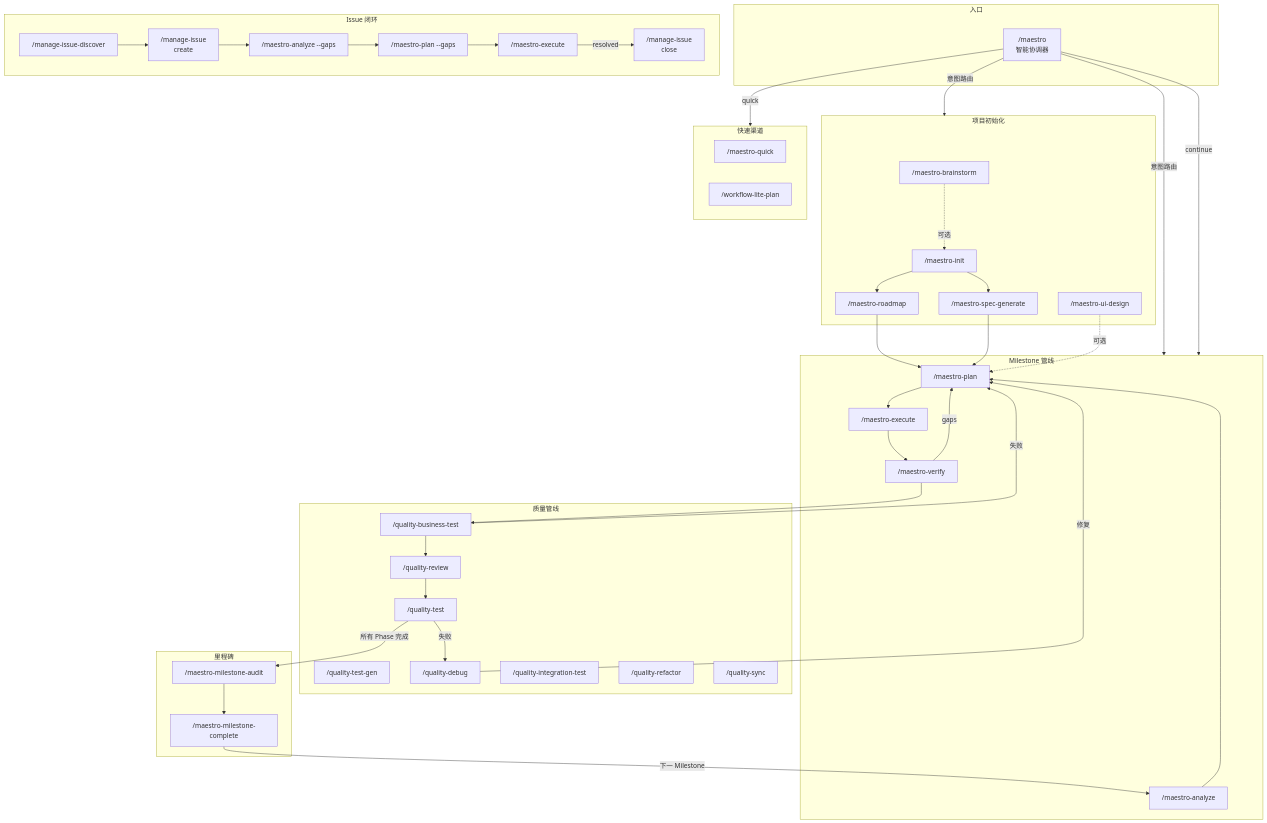
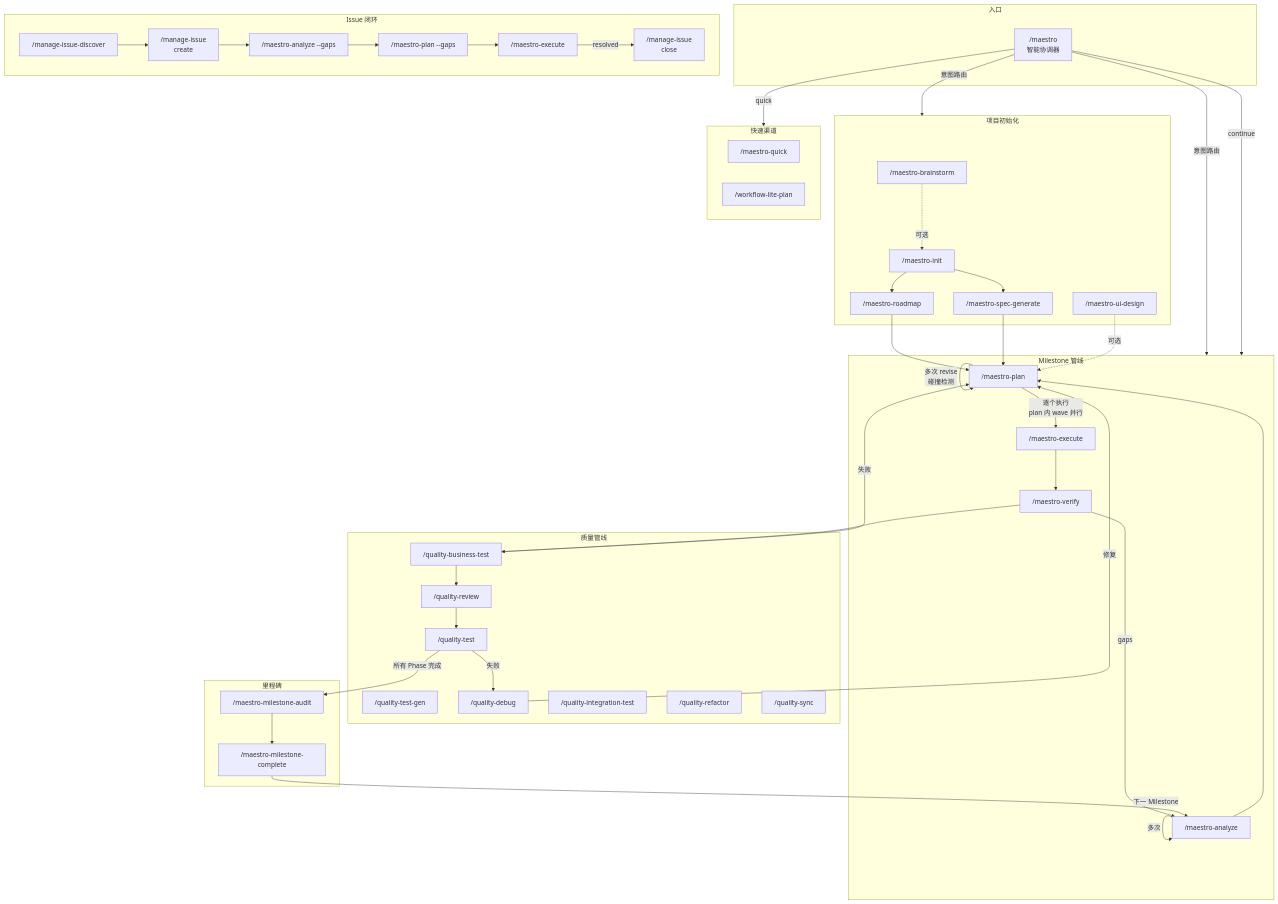
One commit to catlog22/maestro-flow changed the first of 7 diagrams in guide/command-usage-guide.md. Above: the diagram before and after it, drawn with Mermaid. The commit also changed other lines of this file and 11 other files, not shown here.

```diff
--- a/guide/command-usage-guide.md
+++ b/guide/command-usage-guide.md
@@ -80,18 +80,22 @@
     SG --> PL
     UID -.->|可选| PL
 
+    %% 主干管线：多次 analyze → 多次 plan → 逐个 execute
+    AN -->|"多次"| AN
     AN --> PL
-    PL --> EX
+    PL -->|"多次 revise<br>碰撞检测"| PL
+    PL -->|"逐个执行<br>plan 内 wave 并行"| EX
     EX --> VF
     VF --> QBT
     QBT --> QR
     QR --> QT
     QT -->|所有 Phase 完成| MA
 
-    VF -->|gaps| PL
-    QBT -->|失败| PL
-    QT -->|失败| QD
-    QD -->|修复| PL
+    %% 循环反馈
+    VF -->|"gaps"| AN
+    QBT -->|"失败"| PL
+    QT -->|"失败"| QD
+    QD -->|"修复"| PL
 
     ID --> IC
     IC --> IA
```
